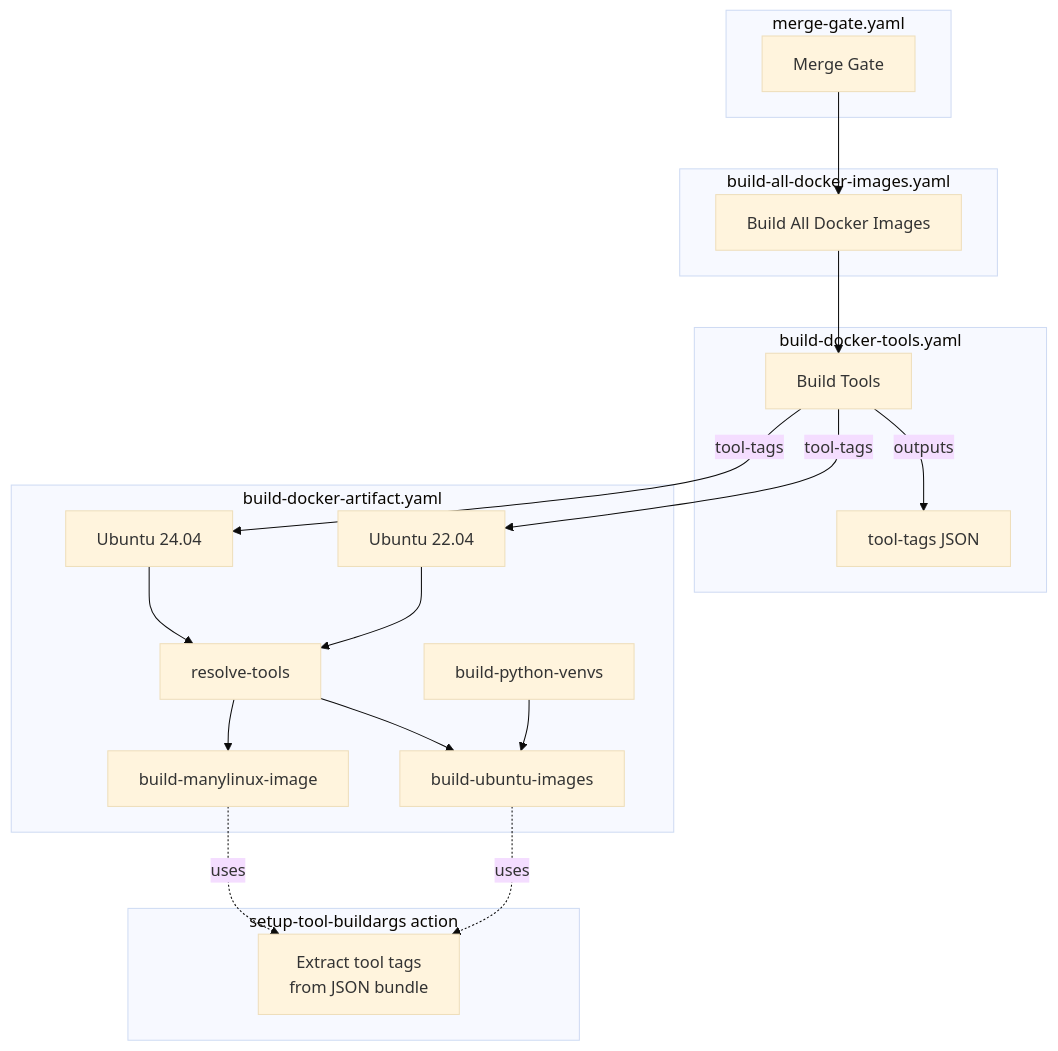
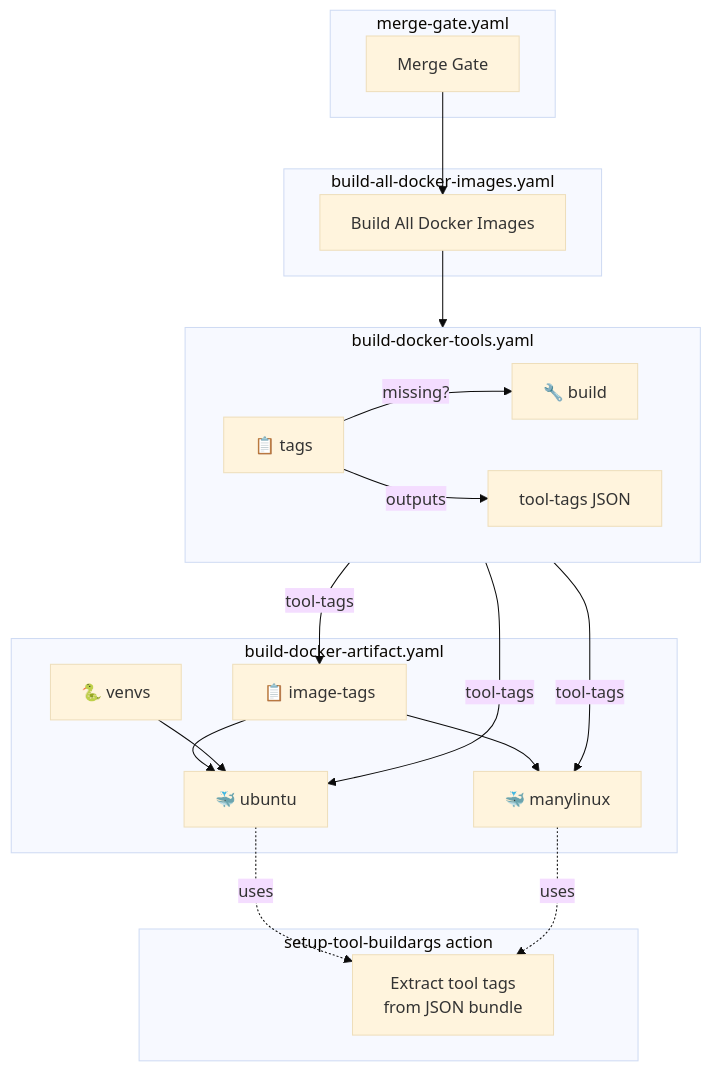
One commit to tenstorrent/tt-metal changed the second of 3 diagrams in dockerfile/README.md. Above: the diagram before and after it, drawn with Mermaid (base theme). The commit also changed other lines of this file and 2 other files, not shown here.

Commit message:
Simplify naming

````diff
--- a/dockerfile/README.md
+++ b/dockerfile/README.md
@@ -44,40 +44,39 @@
 ```mermaid
 flowchart TD
     subgraph MergeGate [merge-gate.yaml]
         MG[Merge Gate]
     end
 
     subgraph AllDocker [build-all-docker-images.yaml]
         AD[Build All Docker Images]
     end
 
     subgraph Tools [build-docker-tools.yaml]
-        BT[Build Tools]
-        BT -->|outputs| TT[tool-tags JSON]
+        Tags[📋 tags]
+        Build[🔧 build]
+        Tags -->|missing?| Build
+        Tags -->|outputs| TT[tool-tags JSON]
     end
 
     subgraph DockerArtifact [build-docker-artifact.yaml]
-        DA22[Ubuntu 22.04]
-        DA24[Ubuntu 24.04]
-        RT[resolve-tools]
-        PV[build-python-venvs]
-        BU[build-ubuntu-images]
-        BM[build-manylinux-image]
+        ImgTags[📋 image-tags]
+        Venvs[🐍 venvs]
+        Ubuntu[🐳 ubuntu]
+        ML[🐳 manylinux]
     end
 
     subgraph CompositeAction [setup-tool-buildargs action]
         CA[Extract tool tags<br/>from JSON bundle]
     end
 
     MG --> AD
-    AD --> BT
-    BT -->|tool-tags| DA22
-    BT -->|tool-tags| DA24
-    DA22 --> RT
-    DA24 --> RT
-    RT --> BU
-    RT --> BM
-    PV --> BU
-    BU -.->|uses| CA
-    BM -.->|uses| CA
+    AD --> Tools
+    Tools -->|tool-tags| ImgTags
+    Tools -->|tool-tags| Ubuntu
+    Tools -->|tool-tags| ML
+    ImgTags --> Ubuntu
+    ImgTags --> ML
+    Venvs --> Ubuntu
+    Ubuntu -.->|uses| CA
+    ML -.->|uses| CA
 ```
````
